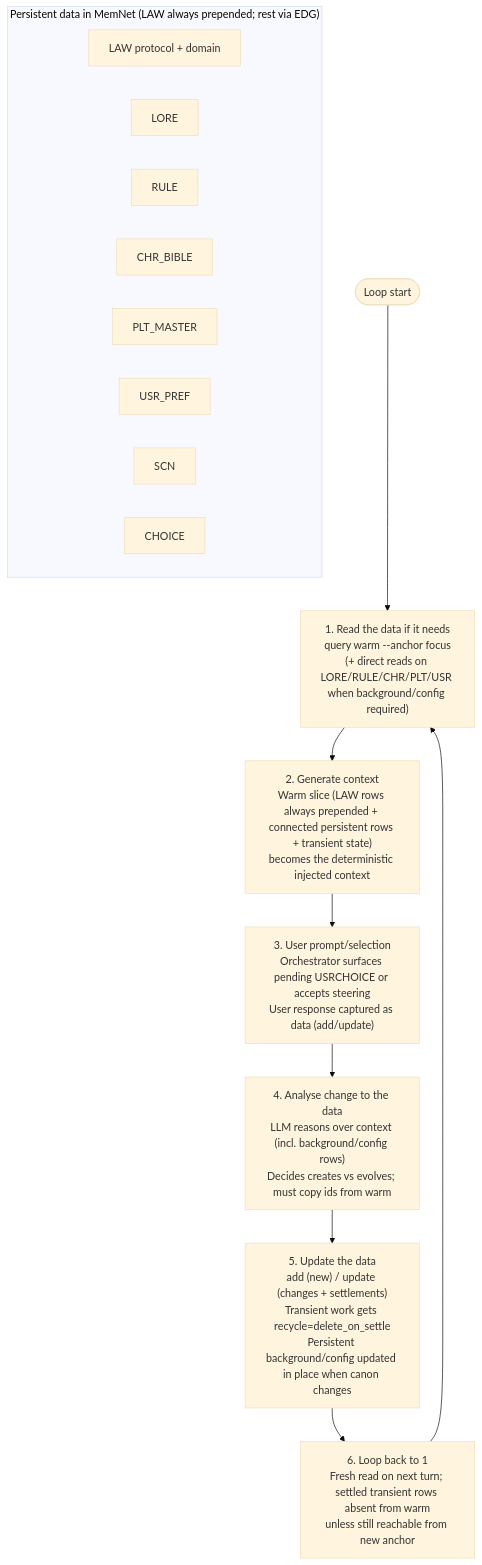
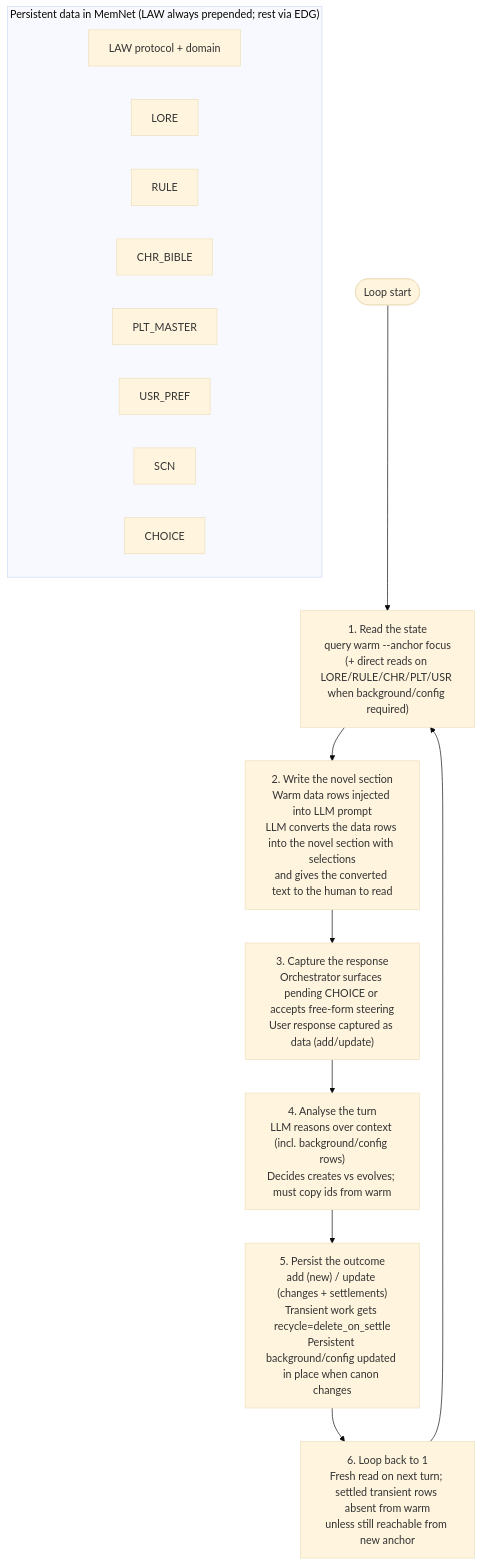
Before and after one commit to chouswei/MemNet: the diagram in application-notes/llm-novel-writer.md, drawn with Mermaid (base theme). The commit also changed other lines of this file, not shown here.

First line of the commit message:
Fix Step 5 in Turn 1 of llm-novel-writer.md so it visibly performs the graph update (node + edge mutations in graph language) after the human selects.

````diff
--- a/application-notes/llm-novel-writer.md
+++ b/application-notes/llm-novel-writer.md
@@ -463,21 +604,21 @@
 ```mermaid
 flowchart TD
-  Start([Loop start]) --> Step1["1. Read the data if it needs<br/>query warm --anchor focus<br/>(+ direct reads on LORE/RULE/CHR/PLT/USR when background/config required)"]
-  Step1 --> Step2["2. Generate context<br/>Warm slice (LAW rows always prepended + connected persistent rows + transient state)<br/>becomes the deterministic injected context"]
-  Step2 --> Step3["3. User prompt/selection<br/>Orchestrator surfaces pending USRCHOICE or accepts steering<br/>User response captured as data (add/update)"]
-  Step3 --> Step4["4. Analyse change to the data<br/>LLM reasons over context (incl. background/config rows)<br/>Decides creates vs evolves; must copy ids from warm"]
-  Step4 --> Step5["5. Update the data<br/>add (new) / update (changes + settlements)<br/>Transient work gets recycle=delete_on_settle<br/>Persistent background/config updated in place when canon changes"]
+  Start([Loop start]) --> Step1["1. Read the state<br/>query warm --anchor focus<br/>(+ direct reads on LORE/RULE/CHR/PLT/USR when background/config required)"]
+  Step1 --> Step2["2. Write the novel section<br/>Warm data rows injected into LLM prompt<br/>LLM converts the data rows into the novel section with selections<br/>and gives the converted text to the human to read"]
+  Step2 --> Step3["3. Capture the response<br/>Orchestrator surfaces pending CHOICE or accepts free-form steering<br/>User response captured as data (add/update)"]
+  Step3 --> Step4["4. Analyse the turn<br/>LLM reasons over context (incl. background/config rows)<br/>Decides creates vs evolves; must copy ids from warm"]
+  Step4 --> Step5["5. Persist the outcome<br/>add (new) / update (changes + settlements)<br/>Transient work gets recycle=delete_on_settle<br/>Persistent background/config updated in place when canon changes"]
   Step5 --> Step6["6. Loop back to 1<br/>Fresh read on next turn; settled transient rows absent from warm<br/>unless still reachable from new anchor"]
   Step6 --> Step1
 
   subgraph Persistent["Persistent data in MemNet (LAW always prepended; rest via EDG)"]
     LAW_TAG[LAW protocol + domain]
     LORE
     RULE
     CHR_BIBLE
     PLT_MASTER
     USR_PREF
     SCN
     CHOICE
   end
 ```
````
